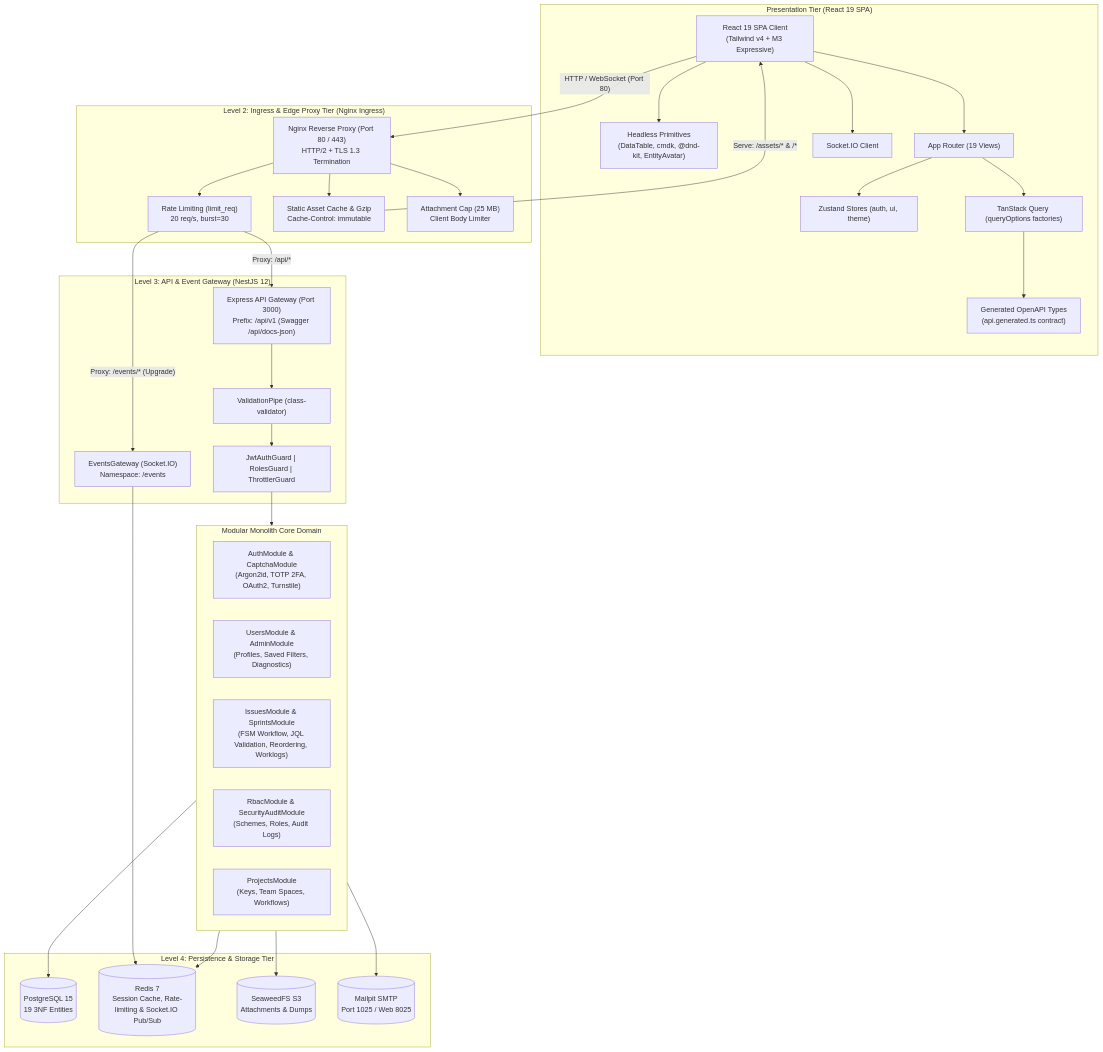
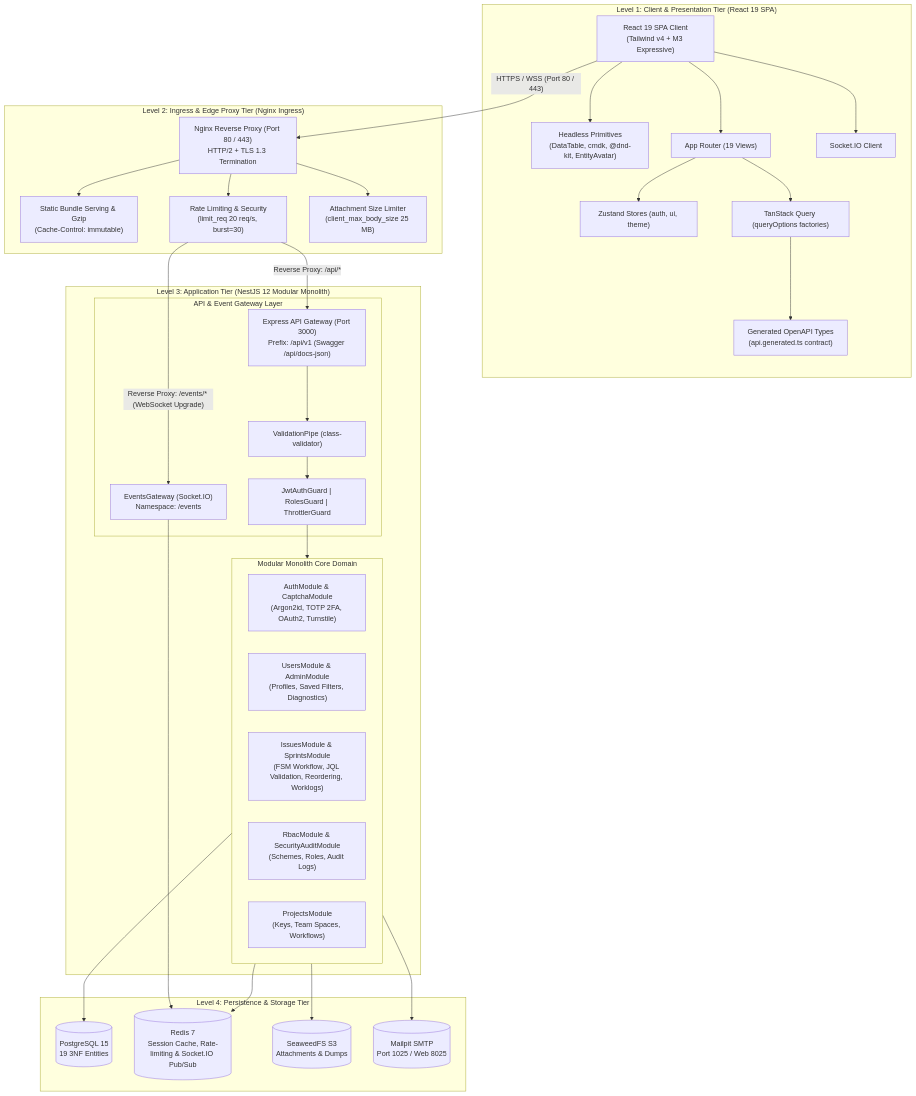
The diagram in documentation/architecture/diagrams/system_architecture.mmd (finkord/bug-tracker), drawn with Mermaid before and after one commit. The commit also changed 1 other file, not shown here.

Commit message:
docs(architecture): clarify system architecture tiers and reorder diagram top-down

```diff
--- a/documentation/architecture/diagrams/system_architecture.mmd
+++ b/documentation/architecture/diagrams/system_architecture.mmd
@@ -1,63 +1,63 @@
 graph TB
-    subgraph ClientTier["Presentation Tier (React 19 SPA)"]
+    subgraph ClientTier["Level 1: Client & Presentation Tier (React 19 SPA)"]
         SPA["React 19 SPA Client<br/>(Tailwind v4 + M3 Expressive)"]
         Primitives["Headless Primitives<br/>(DataTable, cmdk, @dnd-kit, EntityAvatar)"]
         Router["App Router (19 Views)"]
         Stores["Zustand Stores (auth, ui, theme)"]
         Query["TanStack Query (queryOptions factories)"]
         OpenAPI["Generated OpenAPI Types<br/>(api.generated.ts contract)"]
         WSClient["Socket.IO Client"]
         SPA --> Router
         SPA --> Primitives
         Router --> Stores
         Router --> Query
         Query --> OpenAPI
         SPA --> WSClient
     end
 
     subgraph IngressTier["Level 2: Ingress & Edge Proxy Tier (Nginx Ingress)"]
         Nginx["Nginx Reverse Proxy (Port 80 / 443)<br/>HTTP/2 + TLS 1.3 Termination"]
-        RateLimit["Rate Limiting (limit_req)<br/>20 req/s, burst=30"]
-        StaticCache["Static Asset Cache & Gzip<br/>Cache-Control: immutable"]
-        BodyCap["Attachment Cap (25 MB)<br/>Client Body Limiter"]
+        StaticCache["Static Bundle Serving & Gzip<br/>(Cache-Control: immutable)"]
+        RateLimit["Rate Limiting & Security<br/>(limit_req 20 req/s, burst=30)"]
+        BodyCap["Attachment Size Limiter<br/>(client_max_body_size 25 MB)"]
+        Nginx --> StaticCache
         Nginx --> RateLimit
-        Nginx --> StaticCache
         Nginx --> BodyCap
     end
 
-    subgraph GatewayTier["Level 3: API & Event Gateway (NestJS 12)"]
-        Main["Express API Gateway (Port 3000)<br/>Prefix: /api/v1 (Swagger /api/docs-json)"]
-        Pipes["ValidationPipe (class-validator)"]
-        Guards["JwtAuthGuard | RolesGuard | ThrottlerGuard"]
-        EventsGW["EventsGateway (Socket.IO)<br/>Namespace: /events"]
-        Main --> Pipes
-        Pipes --> Guards
-    end
+    subgraph AppTier["Level 3: Application Tier (NestJS 12 Modular Monolith)"]
+        subgraph GatewaySub["API & Event Gateway Layer"]
+            Main["Express API Gateway (Port 3000)<br/>Prefix: /api/v1 (Swagger /api/docs-json)"]
+            Pipes["ValidationPipe (class-validator)"]
+            Guards["JwtAuthGuard | RolesGuard | ThrottlerGuard"]
+            EventsGW["EventsGateway (Socket.IO)<br/>Namespace: /events"]
+            Main --> Pipes
+            Pipes --> Guards
+        end
 
-    subgraph CoreModules["Modular Monolith Core Domain"]
-        AuthM["AuthModule & CaptchaModule<br/>(Argon2id, TOTP 2FA, OAuth2, Turnstile)"]
-        UserM["UsersModule & AdminModule<br/>(Profiles, Saved Filters, Diagnostics)"]
-        IssueM["IssuesModule & SprintsModule<br/>(FSM Workflow, JQL Validation, Reordering, Worklogs)"]
-        RbacM["RbacModule & SecurityAuditModule<br/>(Schemes, Roles, Audit Logs)"]
-        ProjM["ProjectsModule<br/>(Keys, Team Spaces, Workflows)"]
+        subgraph CoreModules["Modular Monolith Core Domain"]
+            AuthM["AuthModule & CaptchaModule<br/>(Argon2id, TOTP 2FA, OAuth2, Turnstile)"]
+            UserM["UsersModule & AdminModule<br/>(Profiles, Saved Filters, Diagnostics)"]
+            IssueM["IssuesModule & SprintsModule<br/>(FSM Workflow, JQL Validation, Reordering, Worklogs)"]
+            RbacM["RbacModule & SecurityAuditModule<br/>(Schemes, Roles, Audit Logs)"]
+            ProjM["ProjectsModule<br/>(Keys, Team Spaces, Workflows)"]
+        end
+        Guards --> CoreModules
     end
 
     subgraph DataTier["Level 4: Persistence & Storage Tier"]
         Postgres[("PostgreSQL 15<br/>19 3NF Entities")]
         RedisCache[("Redis 7<br/>Session Cache, Rate-limiting & Socket.IO Pub/Sub")]
         Seaweed[("SeaweedFS S3<br/>Attachments & Dumps")]
         Mailpit[("Mailpit SMTP<br/>Port 1025 / Web 8025")]
     end
 
-    SPA -- "HTTP / WebSocket (Port 80)" --> Nginx
-    RateLimit -- "Proxy: /api/*" --> Main
-    RateLimit -- "Proxy: /events/* (Upgrade)" --> EventsGW
-    StaticCache -- "Serve: /assets/* & /*" --> SPA
+    SPA -- "HTTPS / WSS (Port 80 / 443)" --> Nginx
+    RateLimit -- "Reverse Proxy: /api/*" --> Main
+    RateLimit -- "Reverse Proxy: /events/* (WebSocket Upgrade)" --> EventsGW
 
-    Guards --> CoreModules
     EventsGW --> RedisCache
-
     CoreModules --> Postgres
     CoreModules --> RedisCache
     CoreModules --> Seaweed
     CoreModules --> Mailpit
```
